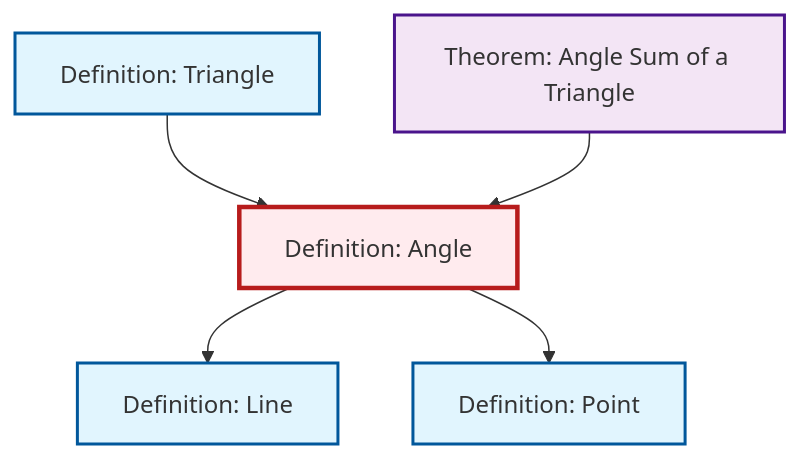
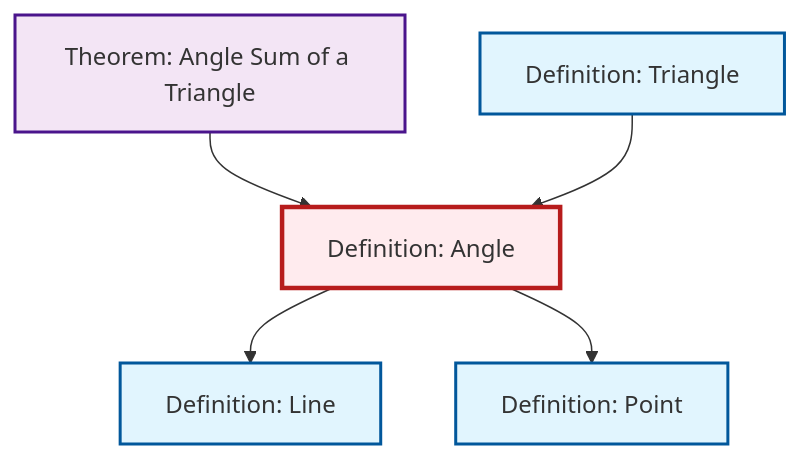
The diagram in content/ja/geometry/def-angle.qmd (RK0429/ModernMath), drawn with Mermaid before and after one commit. The commit also changed other lines of this file and 434 other files, not shown here.

````diff
--- a/content/ja/geometry/def-angle.qmd
+++ b/content/ja/geometry/def-angle.qmd
@@ -50,23 +50,23 @@
 ```{mermaid}
 %%| fig-cap: "Local dependency graph"
 graph TD
     classDef definition fill:#e1f5fe,stroke:#01579b,stroke-width:2px
     classDef theorem fill:#f3e5f5,stroke:#4a148c,stroke-width:2px
     classDef axiom fill:#fff3e0,stroke:#e65100,stroke-width:2px
     classDef example fill:#e8f5e9,stroke:#1b5e20,stroke-width:2px
     classDef current fill:#ffebee,stroke:#b71c1c,stroke-width:3px
-    def-point["Definition: Point"]:::definition
     thm-angle-sum-triangle["Theorem: Angle Sum of a Triangle"]:::theorem
+    def-line["Definition: Line"]:::definition
     def-triangle["Definition: Triangle"]:::definition
     def-angle["Definition: Angle"]:::definition
-    def-line["Definition: Line"]:::definition
+    def-point["Definition: Point"]:::definition
     def-angle --> def-line
+    thm-angle-sum-triangle --> def-angle
+    def-angle --> def-point
     def-triangle --> def-angle
-    def-angle --> def-point
-    thm-angle-sum-triangle --> def-angle
     class def-angle current
+    click thm-angle-sum-triangle "thm-angle-sum-triangle.html" "Theorem: Angle Sum of a Triangleへ"
+    click def-line "def-line.html" "Definition: Lineへ"
+    click def-triangle "def-triangle.html" "Definition: Triangleへ"
     click def-point "def-point.html" "Definition: Pointへ"
-    click thm-angle-sum-triangle "thm-angle-sum-triangle.html" "Theorem: Angle Sum of a Triangleへ"
-    click def-triangle "def-triangle.html" "Definition: Triangleへ"
-    click def-line "def-line.html" "Definition: Lineへ"
 ```
````
